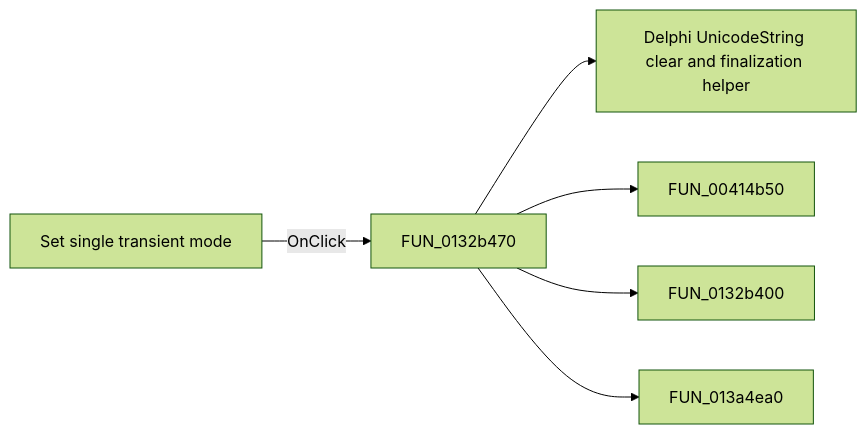
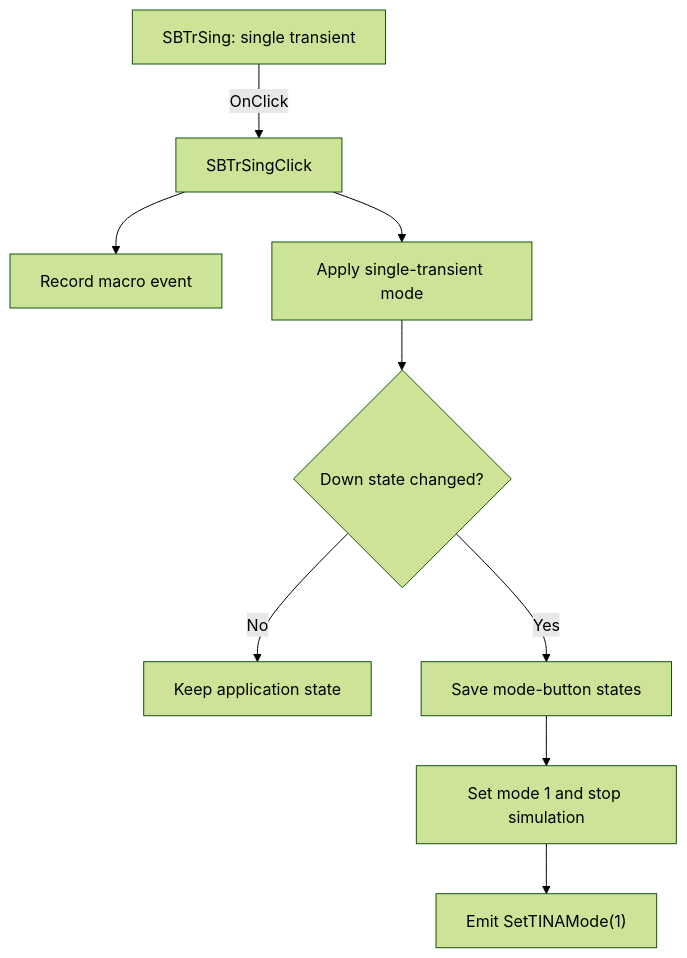
Before and after one commit to MovGP0/TIARA: the diagram in docs/ui-controls/simtimedlg/sbtrsing-b4d8e3db7c.md, drawn with Mermaid (forest theme). The commit also changed other lines of this file and 1062 other files, not shown here.

````diff
--- a/docs/ui-controls/simtimedlg/sbtrsing-b4d8e3db7c.md
+++ b/docs/ui-controls/simtimedlg/sbtrsing-b4d8e3db7c.md
@@ -27,8 +29,11 @@
 ```mermaid
-flowchart LR
-    control["Set single transient mode"] -->|OnClick| handler["FUN_0132b470"]
-    handler --> call1["Delphi UnicodeString clear and finalization helper"]
-    handler --> call2["FUN_00414b50"]
-    handler --> call3["FUN_0132b400"]
-    handler --> call4["FUN_013a4ea0"]
+flowchart TD
+    control["SBTrSing: single transient"] -->|OnClick| handler["SBTrSingClick"]
+    handler --> macro["Record macro event"]
+    handler --> mode["Apply single-transient mode"]
+    mode --> changed{"Down state changed?"}
+    changed -->|No| unchanged["Keep application state"]
+    changed -->|Yes| snapshot["Save mode-button states"]
+    snapshot --> stop["Set mode 1 and stop simulation"]
+    stop --> appMode["Emit SetTINAMode(1)"]
 ```
````
